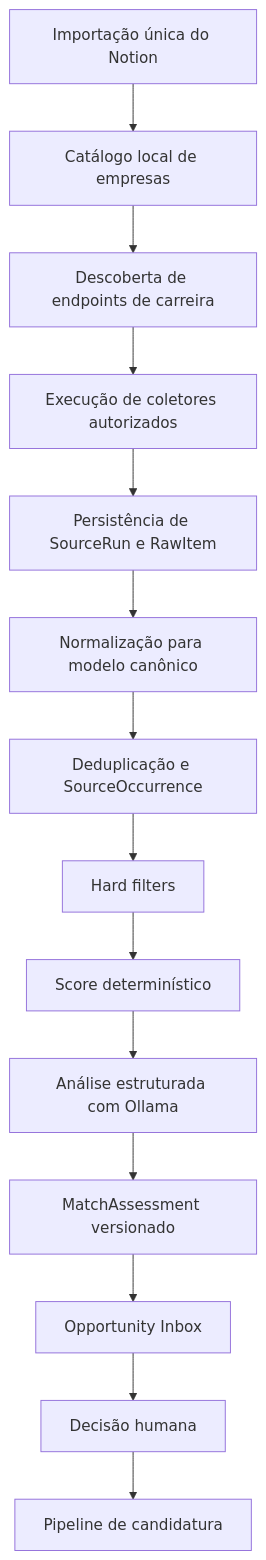
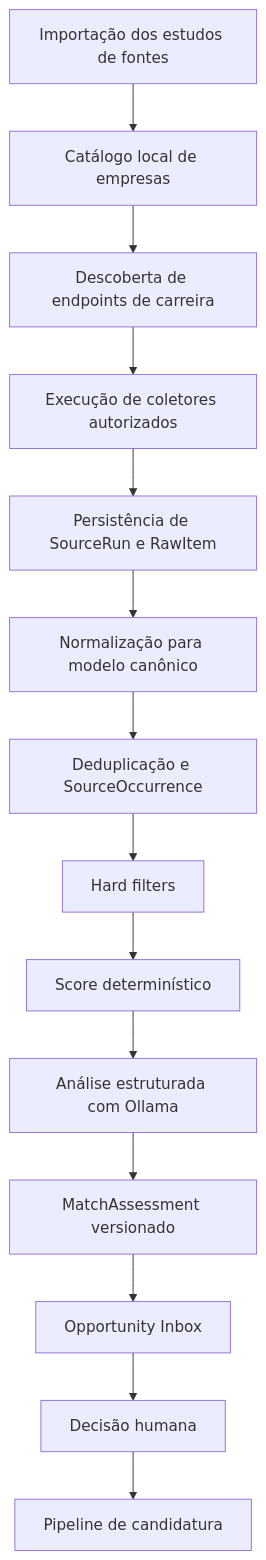
The third of 4 diagrams in README.md (mathfrancisco/Opportunity-Radar), drawn with Mermaid before and after one commit. The commit also changed other lines of this file and 7 other files, not shown here.

````diff
--- a/README.md
+++ b/README.md
@@ -174,16 +174,16 @@
 ```mermaid
 flowchart TD
-    A["Importação única do Notion"] --> B["Catálogo local de empresas"]
+    A["Importação dos estudos de fontes"] --> B["Catálogo local de empresas"]
     B --> C["Descoberta de endpoints de carreira"]
     C --> D["Execução de coletores autorizados"]
     D --> E["Persistência de SourceRun e RawItem"]
     E --> F["Normalização para modelo canônico"]
     F --> G["Deduplicação e SourceOccurrence"]
     G --> H["Hard filters"]
     H --> I["Score determinístico"]
     I --> J["Análise estruturada com Ollama"]
     J --> K["MatchAssessment versionado"]
     K --> L["Opportunity Inbox"]
     L --> M["Decisão humana"]
     M --> N["Pipeline de candidatura"]
 ```
````
